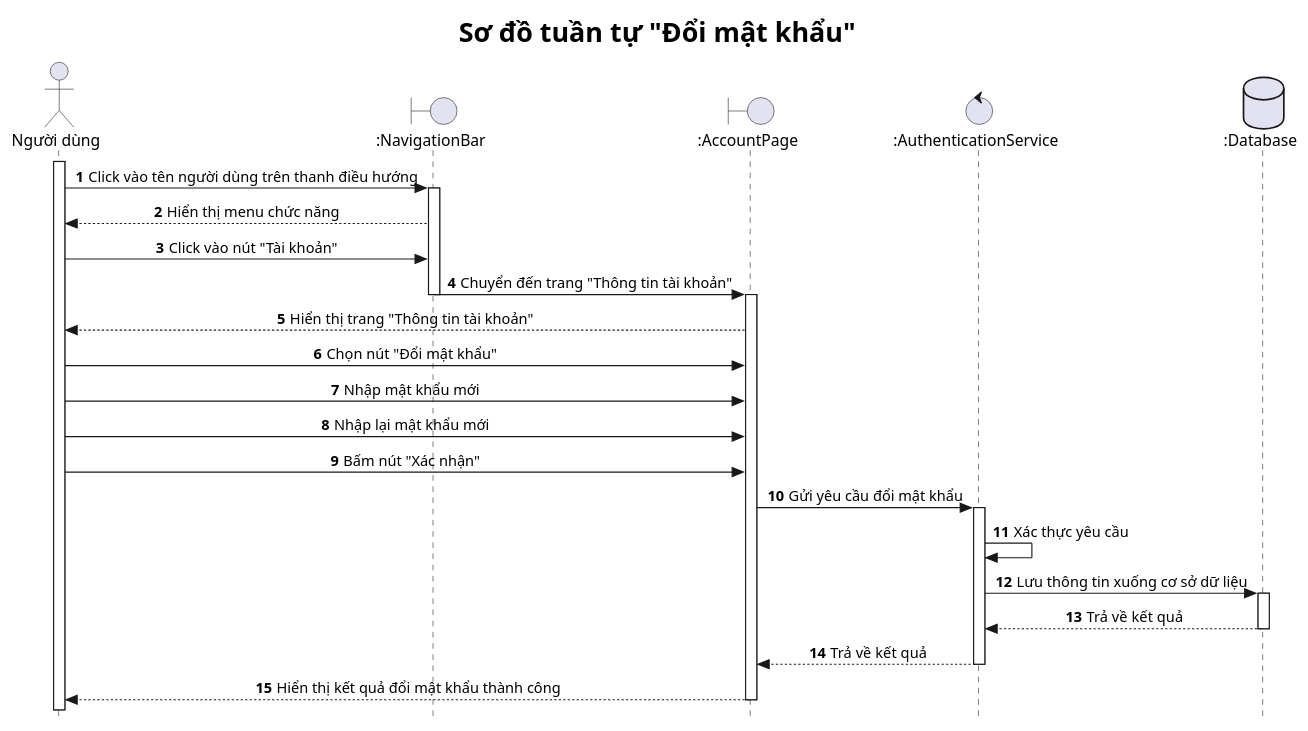
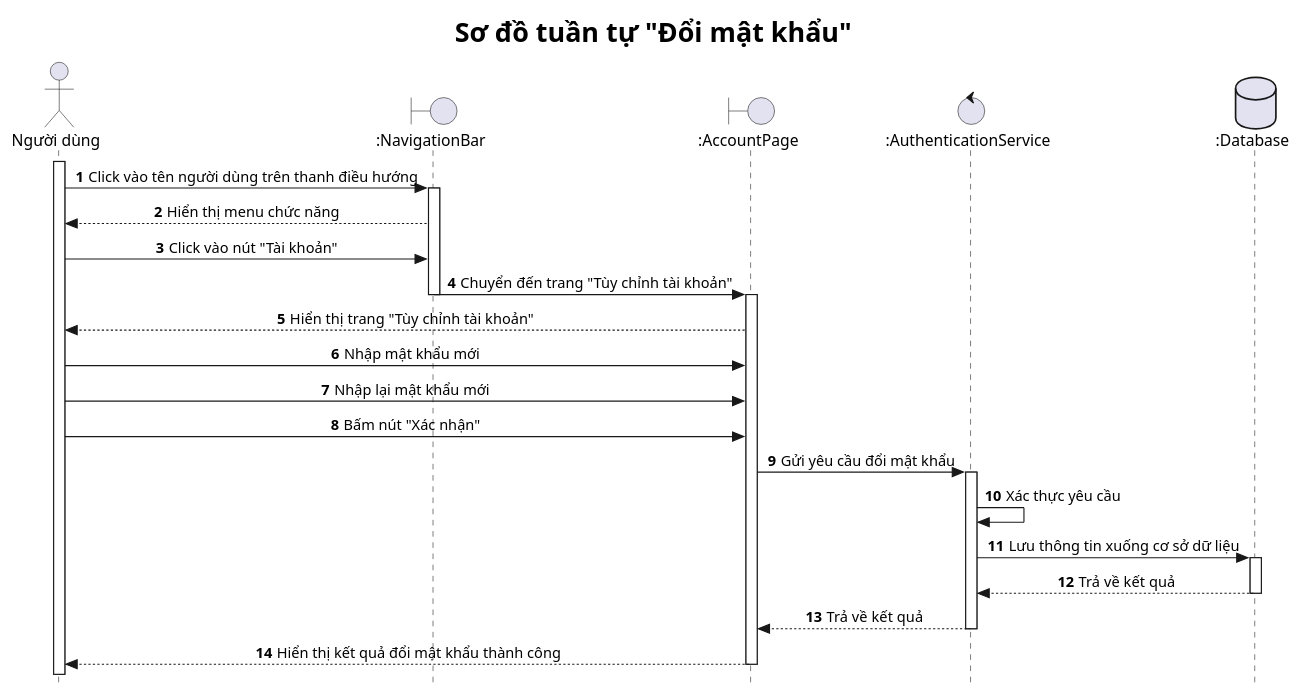
One commit to Hotelligence/hotelligence-diagrams changed the diagram in src/sequence/userServices/authenService/s-changePassword.plantuml. Above: the diagram before and after it, drawn with PlantUML. The commit also changed 37 other files, not shown here.

Commit message:
adjust some use cases and their flows

```diff
--- a/src/sequence/userServices/authenService/s-changePassword.plantuml
+++ b/src/sequence/userServices/authenService/s-changePassword.plantuml
@@ -1,42 +1,41 @@
 @startuml
 
 title <size: 24> Sơ đồ tuần tự "Đổi mật khẩu" </size>
 
 skinparam style strictuml
 skinparam SequenceMessageAlignment center
 
 autonumber
 
 actor "Người dùng" as U
 boundary ":NavigationBar" as NB  
 boundary ":AccountPage" as AP  
 control ":AuthenticationService" as AS
 database ":Database" as DB  
 
 activate U
 U -> NB: Click vào tên người dùng trên thanh điều hướng
 activate NB
 NB --> U: Hiển thị menu chức năng
 U -> NB: Click vào nút "Tài khoản"
-NB -> AP: Chuyển đến trang "Thông tin tài khoản"
+NB -> AP: Chuyển đến trang "Tùy chỉnh tài khoản"
 deactivate NB
 activate AP
-AP --> U: Hiển thị trang "Thông tin tài khoản"
-U -> AP: Chọn nút "Đổi mật khẩu"
+AP --> U: Hiển thị trang "Tùy chỉnh tài khoản"
 U -> AP: Nhập mật khẩu mới
 U -> AP: Nhập lại mật khẩu mới
 U -> AP: Bấm nút "Xác nhận"
 AP -> AS: Gửi yêu cầu đổi mật khẩu
 activate AS
 AS -> AS: Xác thực yêu cầu
 AS -> DB: Lưu thông tin xuống cơ sở dữ liệu
 activate DB
 DB --> AS: Trả về kết quả
 deactivate DB
 AS --> AP: Trả về kết quả
 deactivate AS
 AP --> U: Hiển thị kết quả đổi mật khẩu thành công
 deactivate AP
 
 
 @enduml
```
